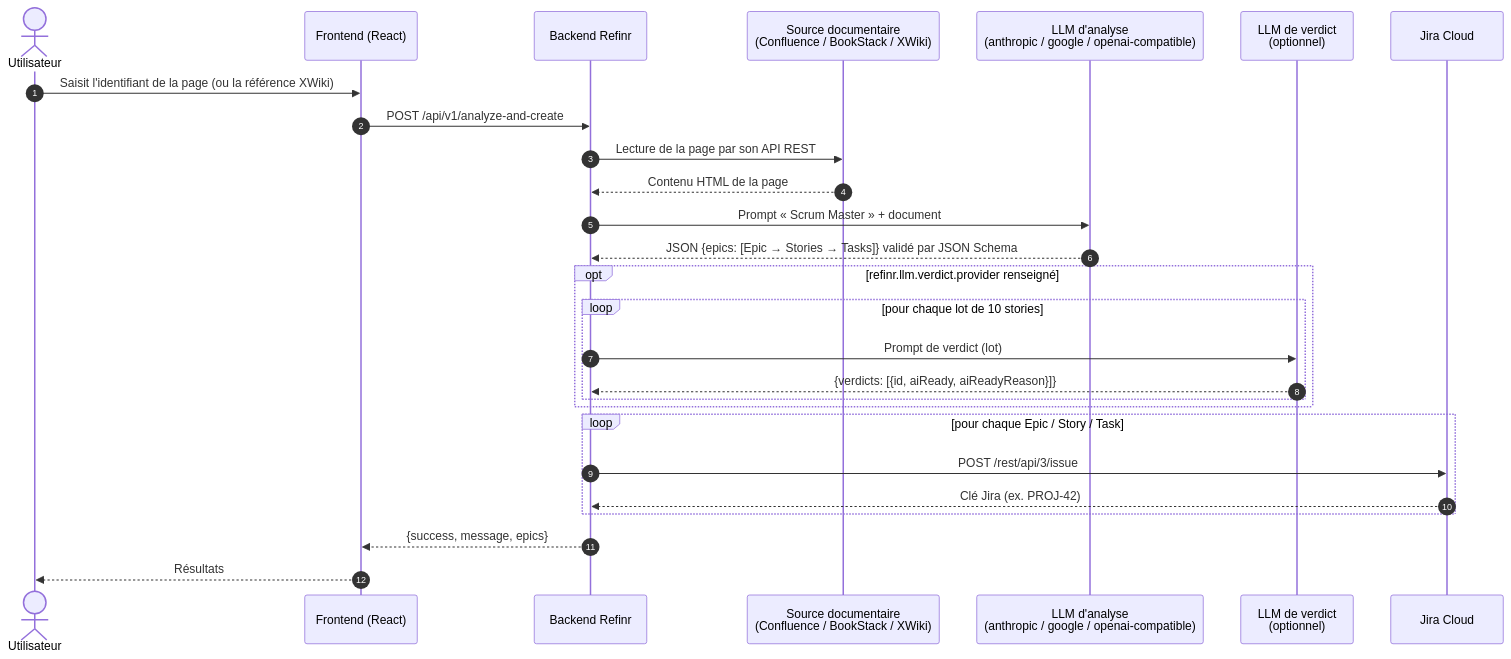
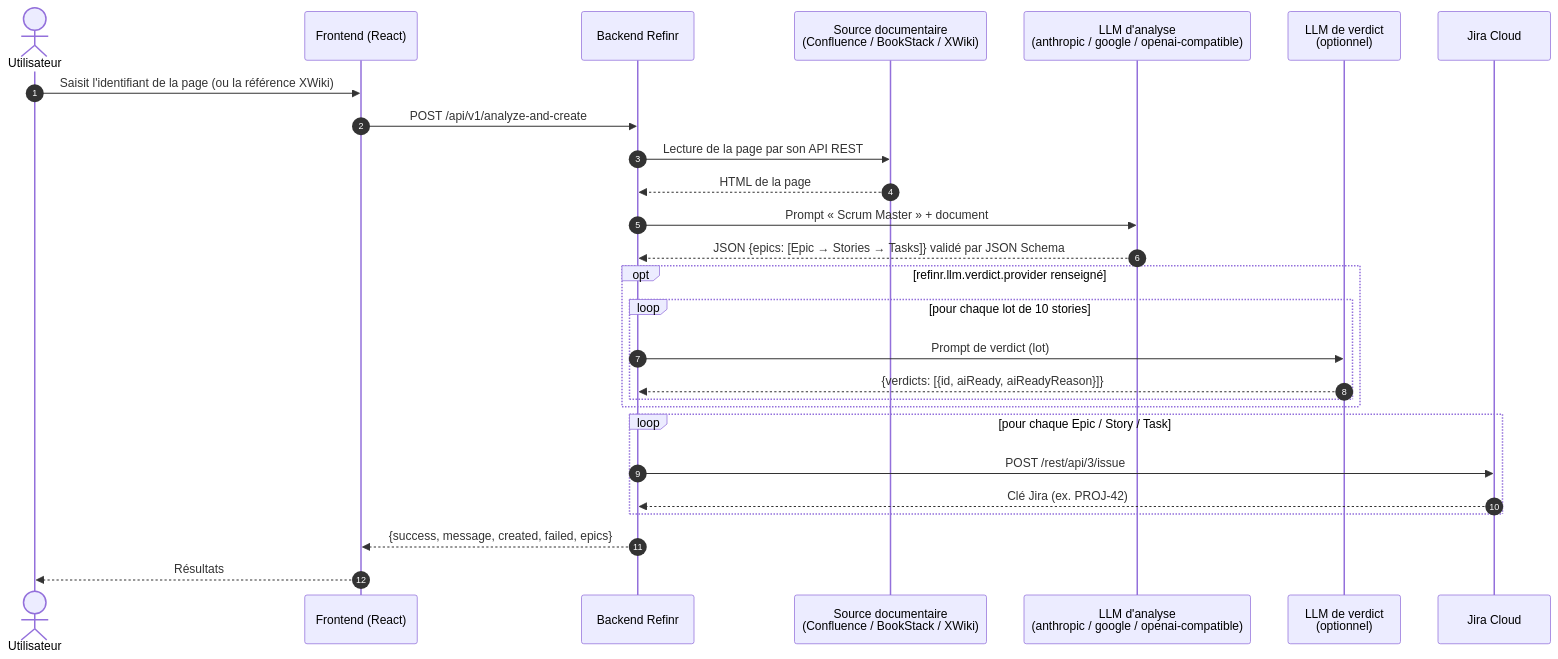
The first of 2 diagrams in README.fr.md (chams-bensalem/refinr), drawn with Mermaid before and after one commit. The commit also changed other lines of this file and 2 other files, not shown here.

````diff
--- a/README.fr.md
+++ b/README.fr.md
@@ -171,30 +150,30 @@
 ```mermaid
 sequenceDiagram
     autonumber
     actor U as Utilisateur
     participant F as Frontend (React)
     participant B as Backend Refinr
     participant C as Source documentaire<br/>(Confluence / BookStack / XWiki)
     participant A as LLM d'analyse<br/>(anthropic / google / openai-compatible)
     participant V as LLM de verdict<br/>(optionnel)
     participant J as Jira Cloud
 
     U->>F: Saisit l'identifiant de la page (ou la référence XWiki)
     F->>B: POST /api/v1/analyze-and-create
     B->>C: Lecture de la page par son API REST
-    C-->>B: Contenu HTML de la page
+    C-->>B: HTML de la page
     B->>A: Prompt « Scrum Master » + document
     A-->>B: JSON {epics: [Epic → Stories → Tasks]} validé par JSON Schema
     opt refinr.llm.verdict.provider renseigné
         loop pour chaque lot de 10 stories
             B->>V: Prompt de verdict (lot)
             V-->>B: {verdicts: [{id, aiReady, aiReadyReason}]}
         end
     end
     loop pour chaque Epic / Story / Task
         B->>J: POST /rest/api/3/issue
         J-->>B: Clé Jira (ex. PROJ-42)
     end
-    B-->>F: {success, message, epics}
+    B-->>F: {success, message, created, failed, epics}
     F-->>U: Résultats
 ```
````
